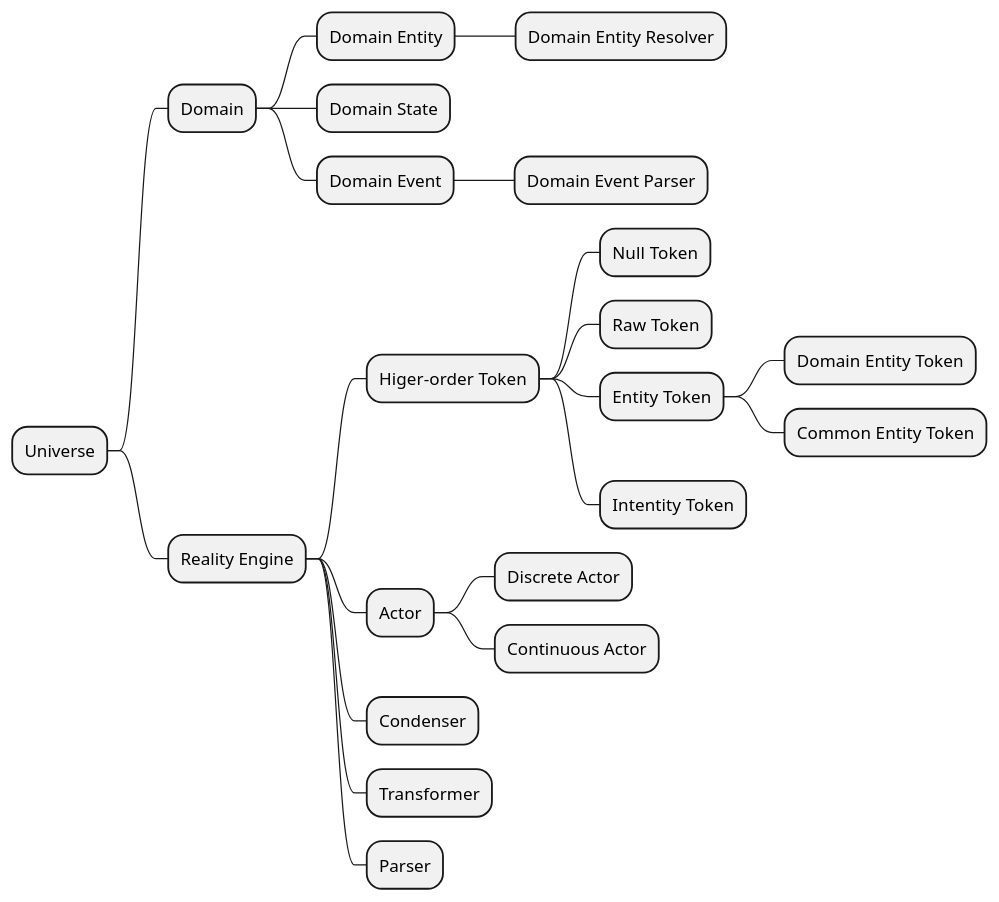
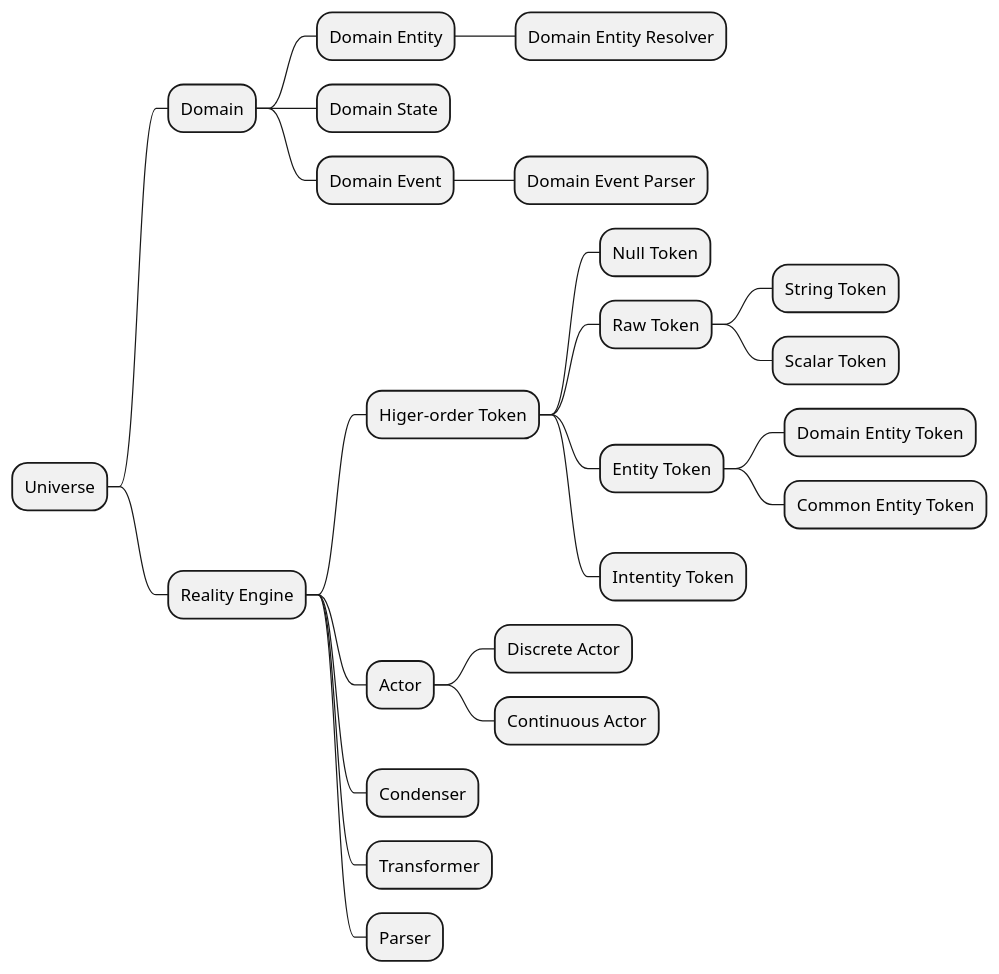
Before and after one commit to SpaceKatt/condenser-nlp: the diagram in docs/diagrams/src/concept-mind-map.puml, drawn with PlantUML. The commit also changed 1 other file, not shown here.

Commit message:
update mind map

```diff
--- a/docs/diagrams/src/concept-mind-map.puml
+++ b/docs/diagrams/src/concept-mind-map.puml
@@ -1,31 +1,33 @@
 @startmindmap concepts
 * Universe
 
 ** Domain
 
 *** Domain Entity
 **** Domain Entity Resolver
 
 *** Domain State
 
 *** Domain Event
 **** Domain Event Parser
 
 ** Reality Engine
 
 *** Higer-order Token
 **** Null Token
 **** Raw Token
+***** String Token
+***** Scalar Token
 **** Entity Token
 ***** Domain Entity Token
 ***** Common Entity Token
 **** Intentity Token
 
 *** Actor
 **** Discrete Actor
 **** Continuous Actor
 
 *** Condenser
 *** Transformer
 *** Parser
 @endmindmap
```
